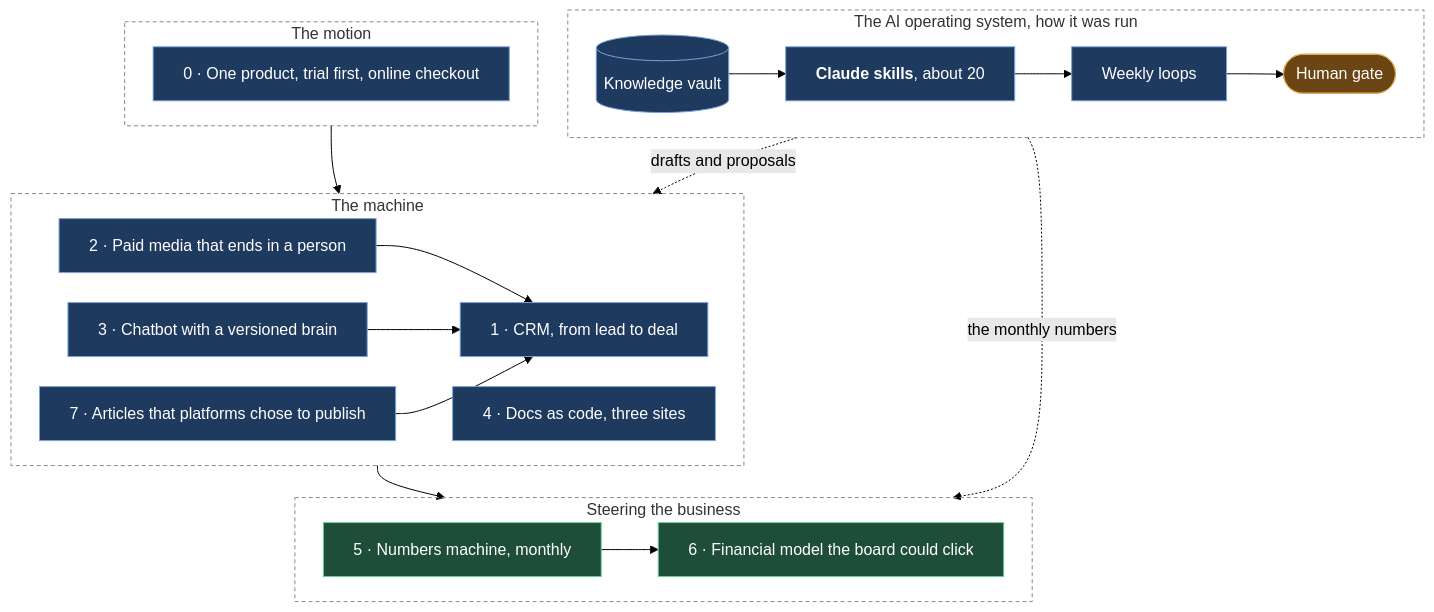
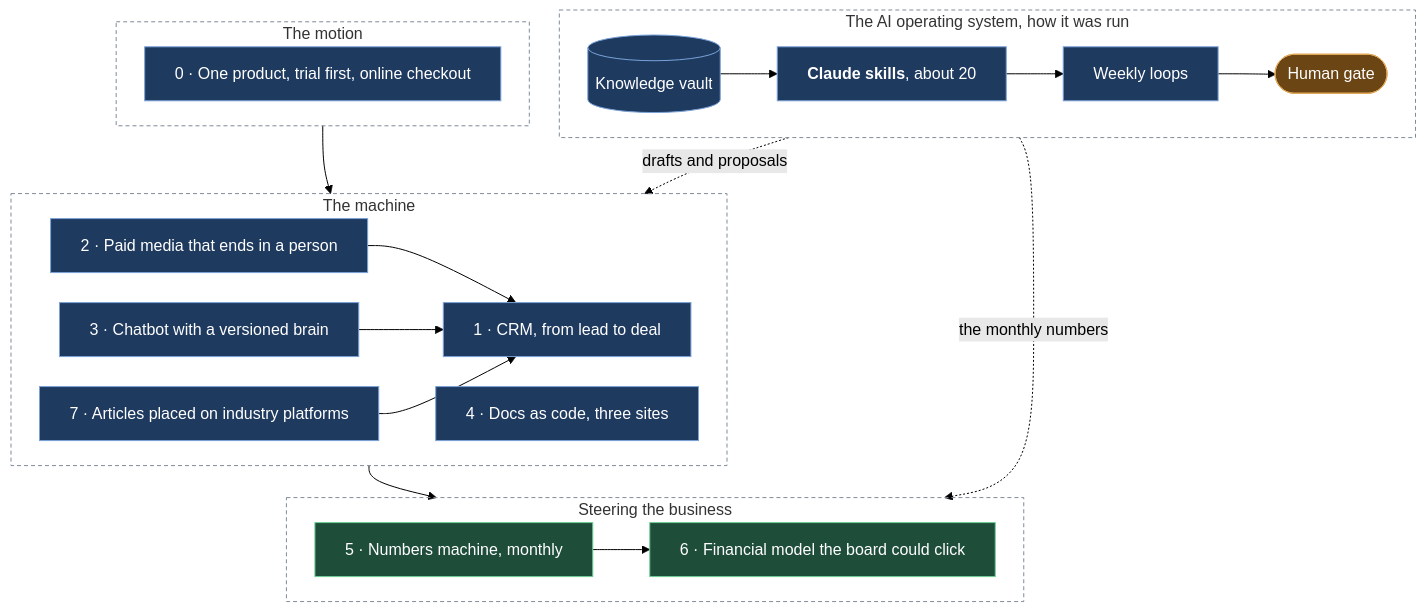
One commit to nunomnferreirapt/ai-operated-growth-engine changed the diagram in README.md. Above: the diagram before and after it, drawn with Mermaid (forest theme). The commit also changed other lines of this file and 6 other files, not shown here.

First line of the commit message:
Blurs in chapters 0 and 1, chapter 7 renamed to placed on industry platforms, figure statements made true, license exclusion, chapter 6 video out until re-recorded

````diff
--- a/README.md
+++ b/README.md
@@ -11,32 +11,32 @@
 ```mermaid
 %%{init: {"flowchart": {"wrappingWidth": 600, "nodeSpacing": 30, "rankSpacing": 32}}}%%
 flowchart TB
     subgraph OS["The AI operating system, how it was run"]
         direction LR
         V[("Knowledge vault")]:::sys --> SK["`**Claude skills**, about 20`"]:::sys --> L["Weekly loops"]:::sys --> G(["Human gate"]):::human
     end
     subgraph MO["The motion"]
         C0["0 · One product, trial first, online checkout"]:::sys
     end
     subgraph MA["The machine"]
         direction LR
         C2["2 · Paid media that ends in a person"]:::sys --> C1["1 · CRM, from lead to deal"]:::sys
         C3["3 · Chatbot with a versioned brain"]:::sys --> C1
         C4["4 · Docs as code, three sites"]:::sys
-        C7["7 · Articles that platforms chose to publish"]:::sys --> C1
+        C7["7 · Articles placed on industry platforms"]:::sys --> C1
     end
     subgraph ST["Steering the business"]
         direction LR
         C5["5 · Numbers machine, monthly"]:::out --> C6["6 · Financial model the board could click"]:::out
     end
     MO --> MA --> ST
     OS -. drafts and proposals .-> MA
     OS -. the monthly numbers .-> ST
     classDef sys fill:#1f3a5f,stroke:#7aa2d8,color:#ffffff
     classDef human fill:#6b4514,stroke:#e0a95a,color:#ffffff
     classDef out fill:#1e4d3a,stroke:#6fcf97,color:#ffffff
     style OS fill:transparent,stroke:#7f8c9a,stroke-dasharray:4 3
     style MO fill:transparent,stroke:#7f8c9a,stroke-dasharray:4 3
     style MA fill:transparent,stroke:#7f8c9a,stroke-dasharray:4 3
     style ST fill:transparent,stroke:#7f8c9a,stroke-dasharray:4 3
 ```
````
